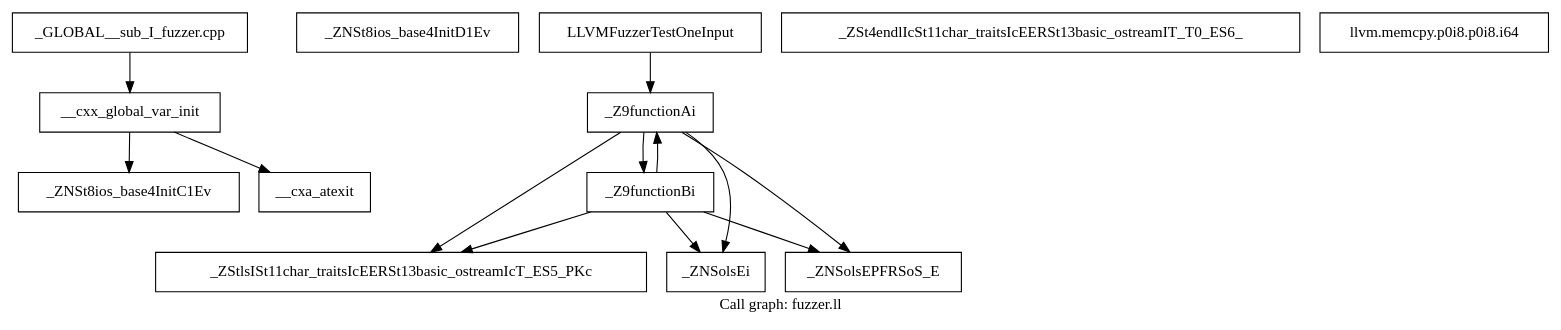
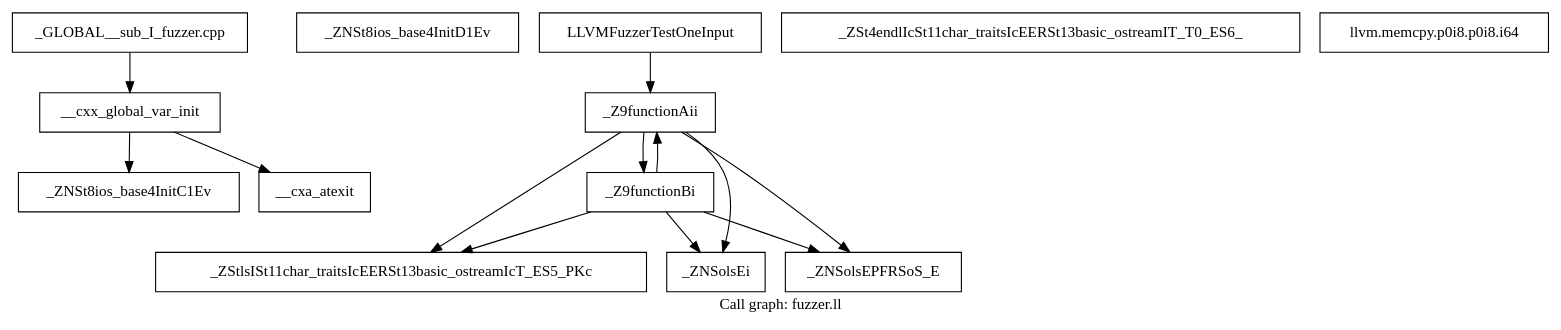
Before and after one commit to Crepuscule-v/fuzz-introspector: the diagram in dynamic_vis/example_1/work/fuzzer.ll.callgraph.dot, drawn with Graphviz. The commit also changed 24 other files, not shown here.

```diff
--- a/dynamic_vis/example_1/work/fuzzer.ll.callgraph.dot
+++ b/dynamic_vis/example_1/work/fuzzer.ll.callgraph.dot
@@ -1,29 +1,29 @@
 digraph "Call graph: fuzzer.ll" {
 	label="Call graph: fuzzer.ll";
 
-	Node0x559c18b32110 [shape=record,label="{__cxx_global_var_init}"];
-	Node0x559c18b32110 -> Node0x559c18b32200;
-	Node0x559c18b32110 -> Node0x559c18b326c0;
-	Node0x559c18b327d0 [shape=record,label="{_ZNSt8ios_base4InitD1Ev}"];
-	Node0x559c18b326c0 [shape=record,label="{__cxa_atexit}"];
-	Node0x559c18b32990 [shape=record,label="{_Z9functionAi}"];
-	Node0x559c18b32990 -> Node0x559c18b32a10;
-	Node0x559c18b32990 -> Node0x559c18b32ac0;
-	Node0x559c18b32990 -> Node0x559c18b32b40;
-	Node0x559c18b32990 -> Node0x559c18b32c70;
-	Node0x559c18b32200 [shape=record,label="{_ZNSt8ios_base4InitC1Ev}"];
-	Node0x559c18b32ac0 [shape=record,label="{_ZNSolsEi}"];
-	Node0x559c18b32b40 [shape=record,label="{_ZNSolsEPFRSoS_E}"];
-	Node0x559c18b32c70 [shape=record,label="{_Z9functionBi}"];
-	Node0x559c18b32c70 -> Node0x559c18b32a10;
-	Node0x559c18b32c70 -> Node0x559c18b32ac0;
-	Node0x559c18b32c70 -> Node0x559c18b32b40;
-	Node0x559c18b32c70 -> Node0x559c18b32990;
-	Node0x559c18b32ea0 [shape=record,label="{_ZSt4endlIcSt11char_traitsIcEERSt13basic_ostreamIT_T0_ES6_}"];
-	Node0x559c18b32a10 [shape=record,label="{_ZStlsISt11char_traitsIcEERSt13basic_ostreamIcT_ES5_PKc}"];
-	Node0x559c18b33210 [shape=record,label="{LLVMFuzzerTestOneInput}"];
-	Node0x559c18b33210 -> Node0x559c18b32990;
-	Node0x559c18b33310 [shape=record,label="{_GLOBAL__sub_I_fuzzer.cpp}"];
-	Node0x559c18b33310 -> Node0x559c18b32110;
-	Node0x559c18b33290 [shape=record,label="{llvm.memcpy.p0i8.p0i8.i64}"];
+	Node0x56255a59d410 [shape=record,label="{__cxx_global_var_init}"];
+	Node0x56255a59d410 -> Node0x56255a59d500;
+	Node0x56255a59d410 -> Node0x56255a59d9c0;
+	Node0x56255a59dad0 [shape=record,label="{_ZNSt8ios_base4InitD1Ev}"];
+	Node0x56255a59d9c0 [shape=record,label="{__cxa_atexit}"];
+	Node0x56255a59dc90 [shape=record,label="{_Z9functionAii}"];
+	Node0x56255a59dc90 -> Node0x56255a59dd10;
+	Node0x56255a59dc90 -> Node0x56255a59ddc0;
+	Node0x56255a59dc90 -> Node0x56255a59de40;
+	Node0x56255a59dc90 -> Node0x56255a59df70;
+	Node0x56255a59d500 [shape=record,label="{_ZNSt8ios_base4InitC1Ev}"];
+	Node0x56255a59ddc0 [shape=record,label="{_ZNSolsEi}"];
+	Node0x56255a59de40 [shape=record,label="{_ZNSolsEPFRSoS_E}"];
+	Node0x56255a59df70 [shape=record,label="{_Z9functionBi}"];
+	Node0x56255a59df70 -> Node0x56255a59dd10;
+	Node0x56255a59df70 -> Node0x56255a59ddc0;
+	Node0x56255a59df70 -> Node0x56255a59de40;
+	Node0x56255a59df70 -> Node0x56255a59dc90;
+	Node0x56255a59e1a0 [shape=record,label="{_ZSt4endlIcSt11char_traitsIcEERSt13basic_ostreamIT_T0_ES6_}"];
+	Node0x56255a59dd10 [shape=record,label="{_ZStlsISt11char_traitsIcEERSt13basic_ostreamIcT_ES5_PKc}"];
+	Node0x56255a59e510 [shape=record,label="{LLVMFuzzerTestOneInput}"];
+	Node0x56255a59e510 -> Node0x56255a59dc90;
+	Node0x56255a59e610 [shape=record,label="{_GLOBAL__sub_I_fuzzer.cpp}"];
+	Node0x56255a59e610 -> Node0x56255a59d410;
+	Node0x56255a59e590 [shape=record,label="{llvm.memcpy.p0i8.p0i8.i64}"];
 }
```
